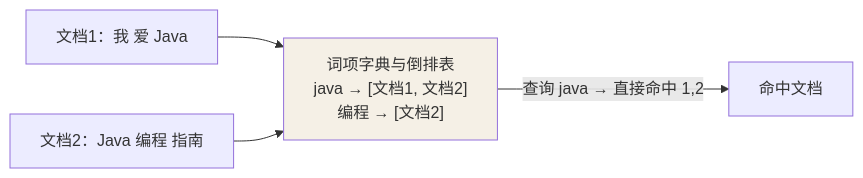
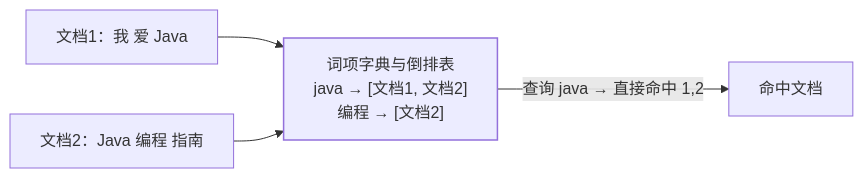
The diagram in src/content/docs/elasticsearch/basic/core/01-inverted-index.md (Loadhao/ascension), drawn with Mermaid before and after one commit. The commit also changed 87 other files, not shown here.

First line of the commit message:
fix: 全站图表配色改由主题接管，修复暗色主题下浅底浅字看不清

````diff
--- a/src/content/docs/elasticsearch/basic/core/01-inverted-index.md
+++ b/src/content/docs/elasticsearch/basic/core/01-inverted-index.md
@@ -13,8 +13,9 @@
 ```mermaid
 flowchart LR
     D1["文档1：我 爱 Java"] --> TERM["词项字典与倒排表<br/>java → [文档1, 文档2]<br/>编程 → [文档2]"]
     D2["文档2：Java 编程 指南"] --> TERM
     TERM -->|"查询 java → 直接命中 1,2"| RES["命中文档"]
 
-    style TERM fill:#f5f0e6
+    class TERM hl
+    classDef hl stroke-width:1.5px
 ```
````
